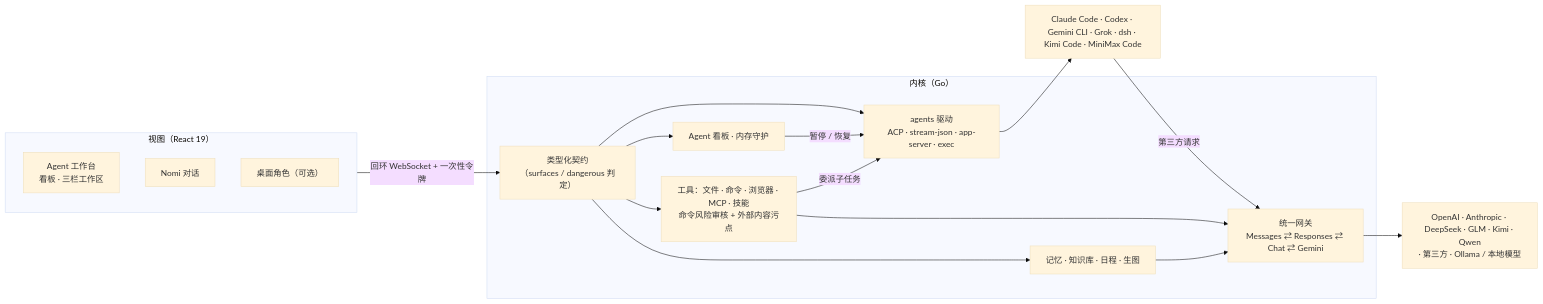
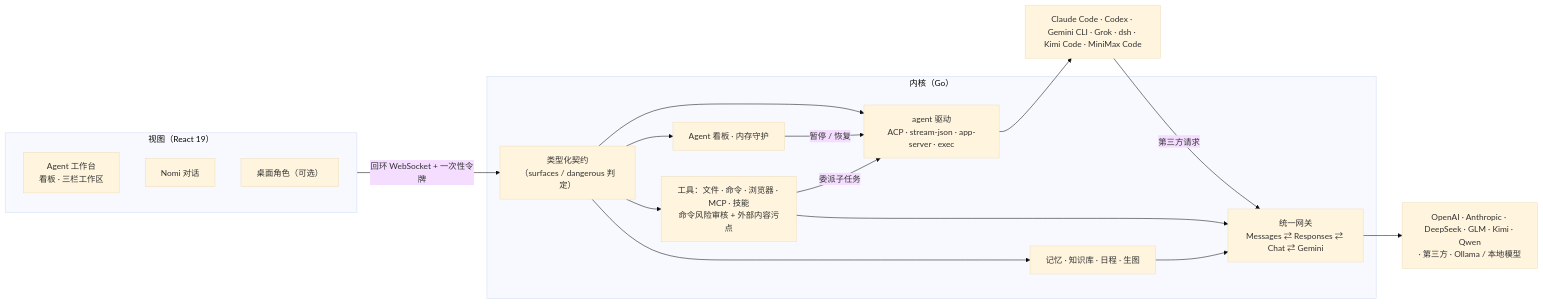
The diagram in README.md (Cookieboty/nomi-ai), drawn with Mermaid (base theme) before and after one commit. The commit also changed other lines of this file and 394 other files, not shown here.

````diff
--- a/README.md
+++ b/README.md
@@ -94,26 +94,26 @@
 ```mermaid
 flowchart LR
   subgraph View["视图（React 19）"]
     Bench["Agent 工作台<br/>看板 · 三栏工作区"]
     Chat["Nomi 对话"]
     Mascot["桌面角色（可选）"]
   end
   subgraph Core["内核（Go）"]
     Contract["类型化契约<br/>（surfaces / dangerous 判定）"]
     Fleet["Agent 看板 · 内存守护"]
-    Agents["agents 驱动<br/>ACP · stream-json · app-server · exec"]
+    Agents["agent 驱动<br/>ACP · stream-json · app-server · exec"]
     Tools["工具：文件 · 命令 · 浏览器 · MCP · 技能<br/>命令风险审核 + 外部内容污点"]
     Mem["记忆 · 知识库 · 日程 · 生图"]
     GW["统一网关<br/>Messages ⇄ Responses ⇄ Chat ⇄ Gemini"]
   end
   CLI["Claude Code · Codex · Gemini CLI · Grok · dsh · Kimi Code · MiniMax Code"]
   Up["OpenAI · Anthropic · DeepSeek · GLM · Kimi · Qwen<br/>· 第三方 · Ollama / 本地模型"]
   View -- "回环 WebSocket + 一次性令牌" --> Contract
   Contract --> Fleet & Agents & Tools & Mem
   Fleet -- "暂停 / 恢复" --> Agents
   Agents --> CLI
   CLI -- "第三方请求" --> GW
   Tools -- "委派子任务" --> Agents
   Tools & Mem --> GW
   GW --> Up
 ```
````
